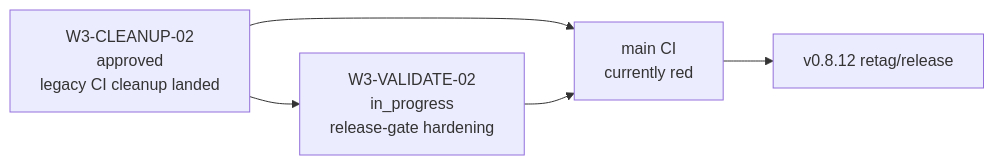
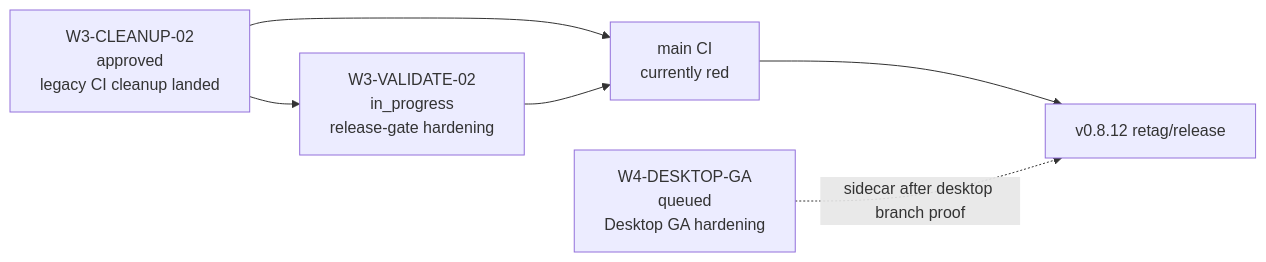
One commit to mendeleden/jin changed the diagram in .execution/program.md. Above: the diagram before and after it, drawn with Mermaid. The commit also changed other lines of this file and 12 other files, not shown here.

Commit message:
Add Windows Desktop loopback auth hardening

````diff
--- a/.execution/program.md
+++ b/.execution/program.md
@@ -9,12 +9,14 @@
 ```mermaid
 flowchart LR
   Cleanup02["W3-CLEANUP-02<br/>approved<br/>legacy CI cleanup landed"]
   Validate02["W3-VALIDATE-02<br/>in_progress<br/>release-gate hardening"]
+  DesktopGA["W4-DESKTOP-GA<br/>queued<br/>Desktop GA hardening"]
   MainCI["main CI<br/>currently red"]
   Release["v0.8.12 retag/release"]
 
   Cleanup02 --> MainCI
   Cleanup02 --> Validate02
   Validate02 --> MainCI
   MainCI --> Release
+  DesktopGA -. sidecar after desktop branch proof .-> Release
 ```
````
